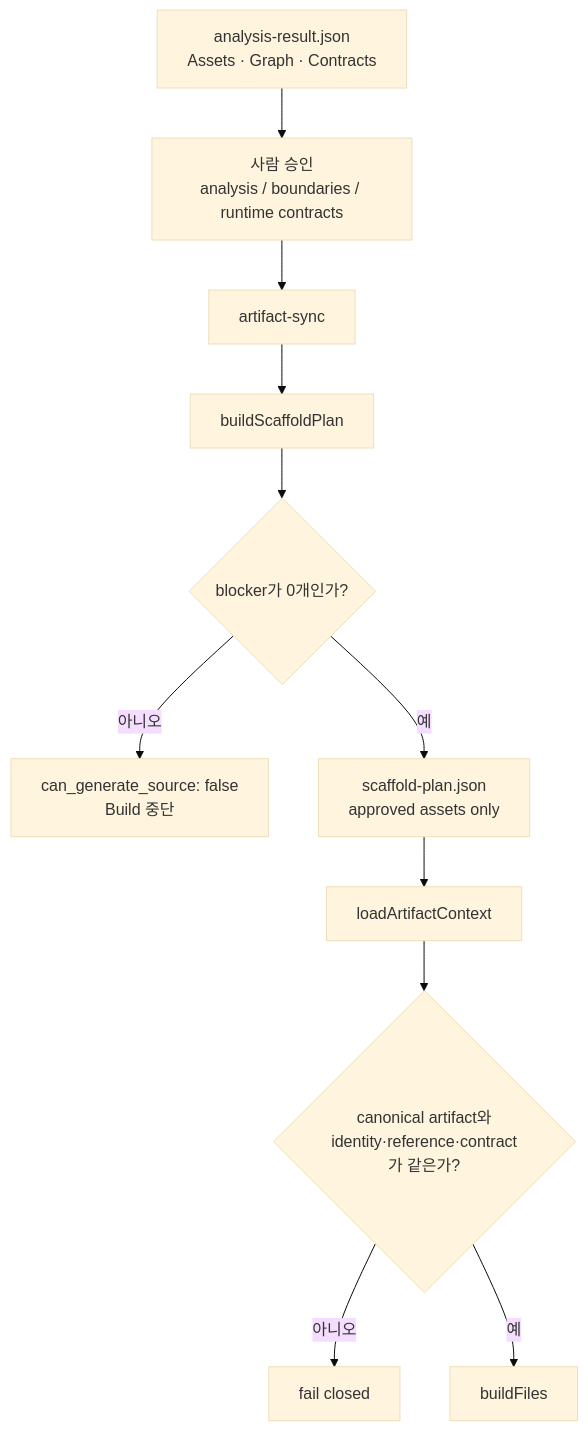
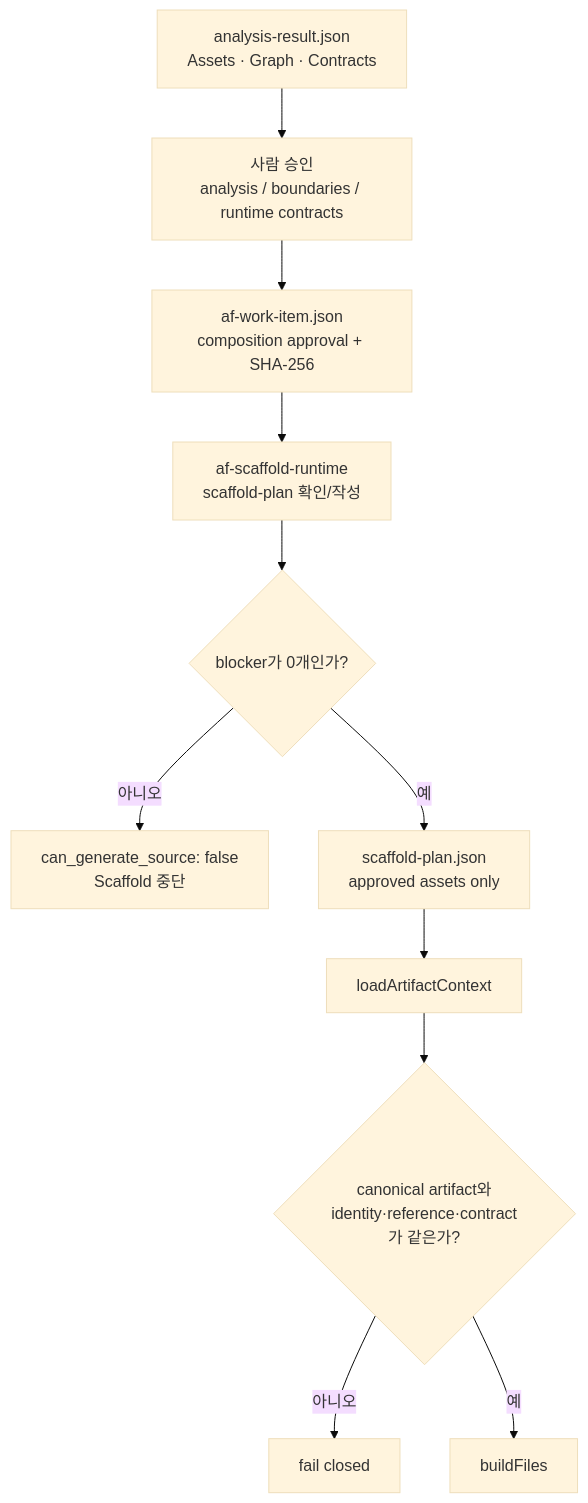
One commit to gttmr/af-companion changed the fourth of 5 diagrams in docs/reference/agent-development-standard.md. Above: the diagram before and after it, drawn with Mermaid (base theme). The commit also changed other lines of this file and 53 other files, not shown here.

````diff
--- a/docs/reference/agent-development-standard.md
+++ b/docs/reference/agent-development-standard.md
@@ -180,13 +180,13 @@
 ```mermaid
 flowchart TD
     AR["analysis-result.json<br/>Assets · Graph · Contracts"] --> AP["사람 승인<br/>analysis / boundaries / runtime contracts"]
-    AP --> SYNC["artifact-sync"]
-    SYNC --> PLAN["buildScaffoldPlan"]
+    AP --> WORK["af-work-item.json<br/>composition approval + SHA-256"]
+    WORK --> PLAN["af-scaffold-runtime<br/>scaffold-plan 확인/작성"]
     PLAN --> CHECK{"blocker가 0개인가?"}
-    CHECK -- "아니오" --> STOP["can_generate_source: false<br/>Build 중단"]
+    CHECK -- "아니오" --> STOP["can_generate_source: false<br/>Scaffold 중단"]
     CHECK -- "예" --> SP["scaffold-plan.json<br/>approved assets only"]
     SP --> LOAD["loadArtifactContext"]
     LOAD --> PARITY{"canonical artifact와<br/>identity·reference·contract가 같은가?"}
     PARITY -- "아니오" --> FAIL["fail closed"]
     PARITY -- "예" --> CODEGEN["buildFiles"]
 ```
````
